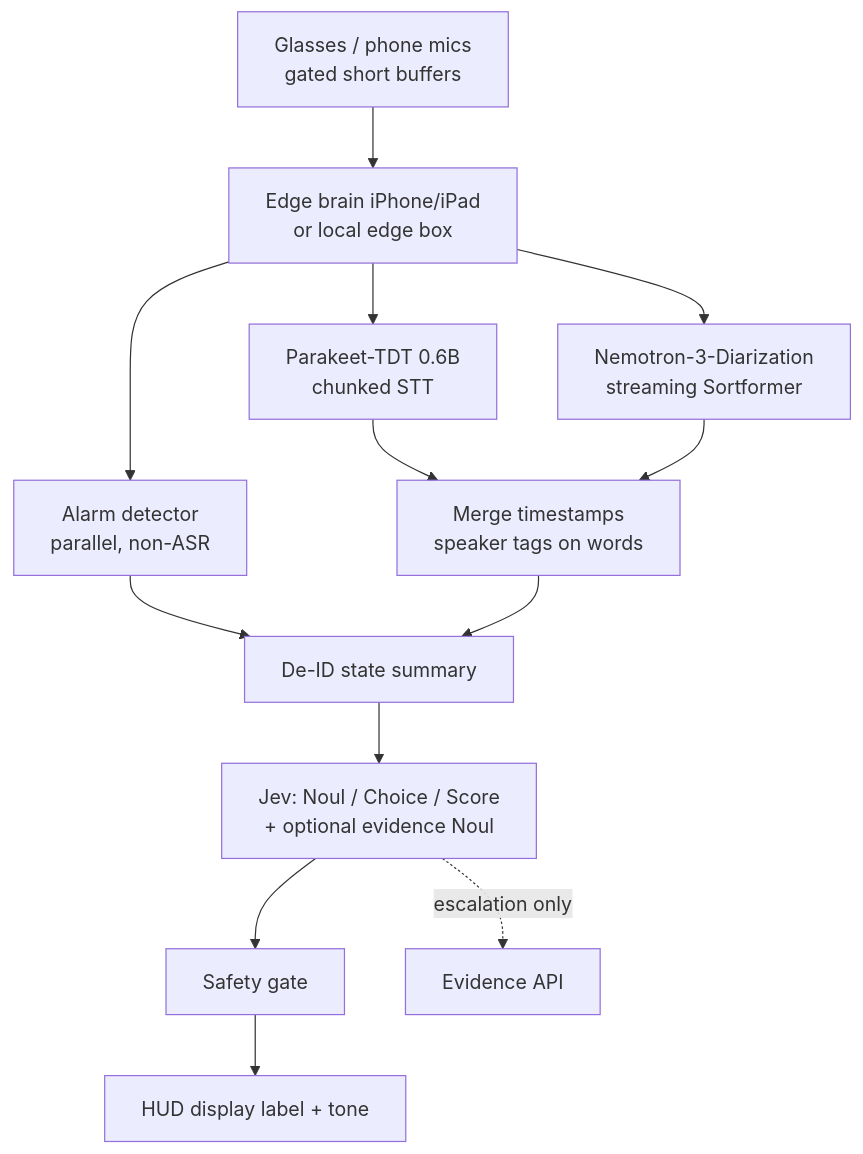
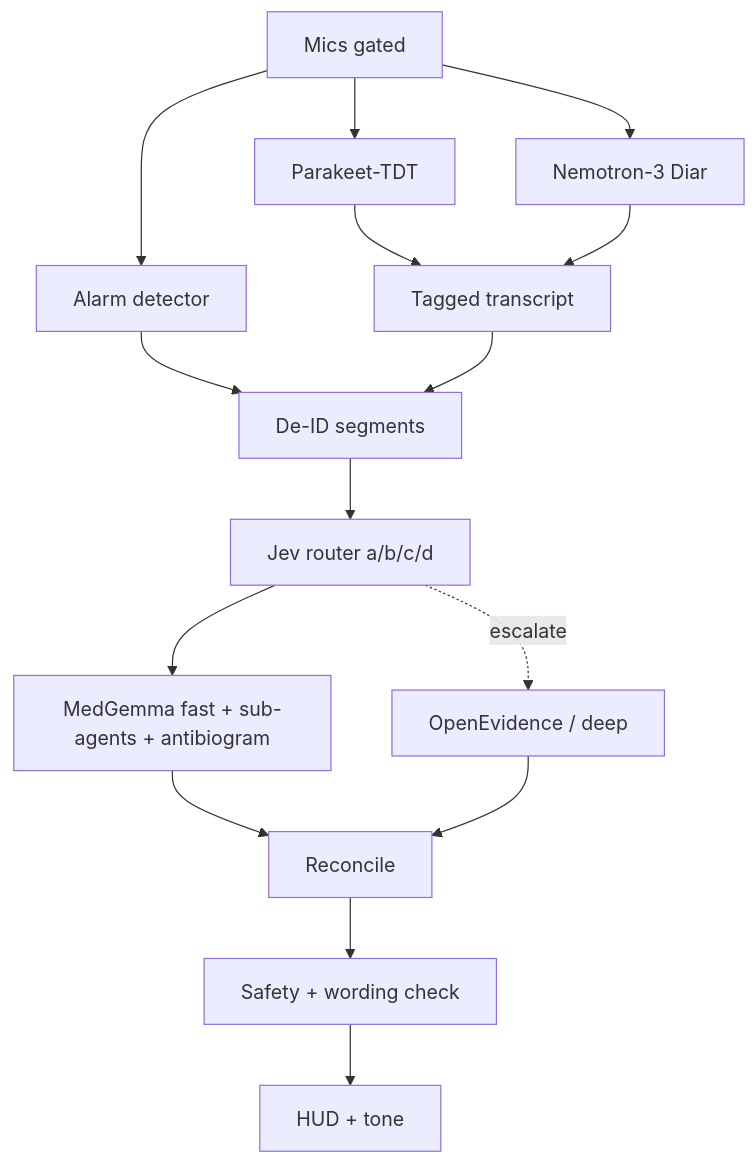
The diagram in docs/architecture/V2A-nvidia-speech.md (senrealinvestment/cognitive-companion), drawn with Mermaid before and after one commit. The commit also changed other lines of this file and 5 other files, not shown here.

First line of the commit message:
docs: V2 Jev multi-point router + MedGemma fast / deep research paths

````diff
--- a/docs/architecture/V2A-nvidia-speech.md
+++ b/docs/architecture/V2A-nvidia-speech.md
@@ -45,15 +41,17 @@
 ```mermaid
 flowchart TB
-  MIC[Glasses / phone mics<br/>gated short buffers] --> EDGE[Edge brain iPhone/iPad<br/>or local edge box]
-  EDGE --> ALARM[Alarm detector<br/>parallel, non-ASR]
-  EDGE --> ASR[Parakeet-TDT 0.6B<br/>chunked STT]
-  EDGE --> DIAR[Nemotron-3-Diarization<br/>streaming Sortformer]
-  ASR --> MERGE[Merge timestamps<br/>speaker tags on words]
+  MIC[Mics gated] --> ASR[Parakeet-TDT]
+  MIC --> DIAR[Nemotron-3 Diar]
+  MIC --> ALARM[Alarm detector]
+  ASR --> MERGE[Tagged transcript]
   DIAR --> MERGE
-  ALARM --> SUM[De-ID state summary]
-  MERGE --> SUM
-  SUM --> JEV[Jev: Noul / Choice / Score<br/>+ optional evidence Noul]
-  JEV --> GATE[Safety gate]
-  GATE --> HUD[HUD display label + tone]
-  JEV -.->|escalation only| EV[Evidence API]
+  ALARM --> DEID[De-ID segments]
+  MERGE --> DEID
+  DEID --> JEV[Jev router a/b/c/d]
+  JEV --> FAST[MedGemma fast + sub-agents + antibiogram]
+  JEV -.->|escalate| DEEP[OpenEvidence / deep]
+  FAST --> REC[Reconcile]
+  DEEP --> REC
+  REC --> GATE[Safety + wording check]
+  GATE --> HUD[HUD + tone]
 ```
````
